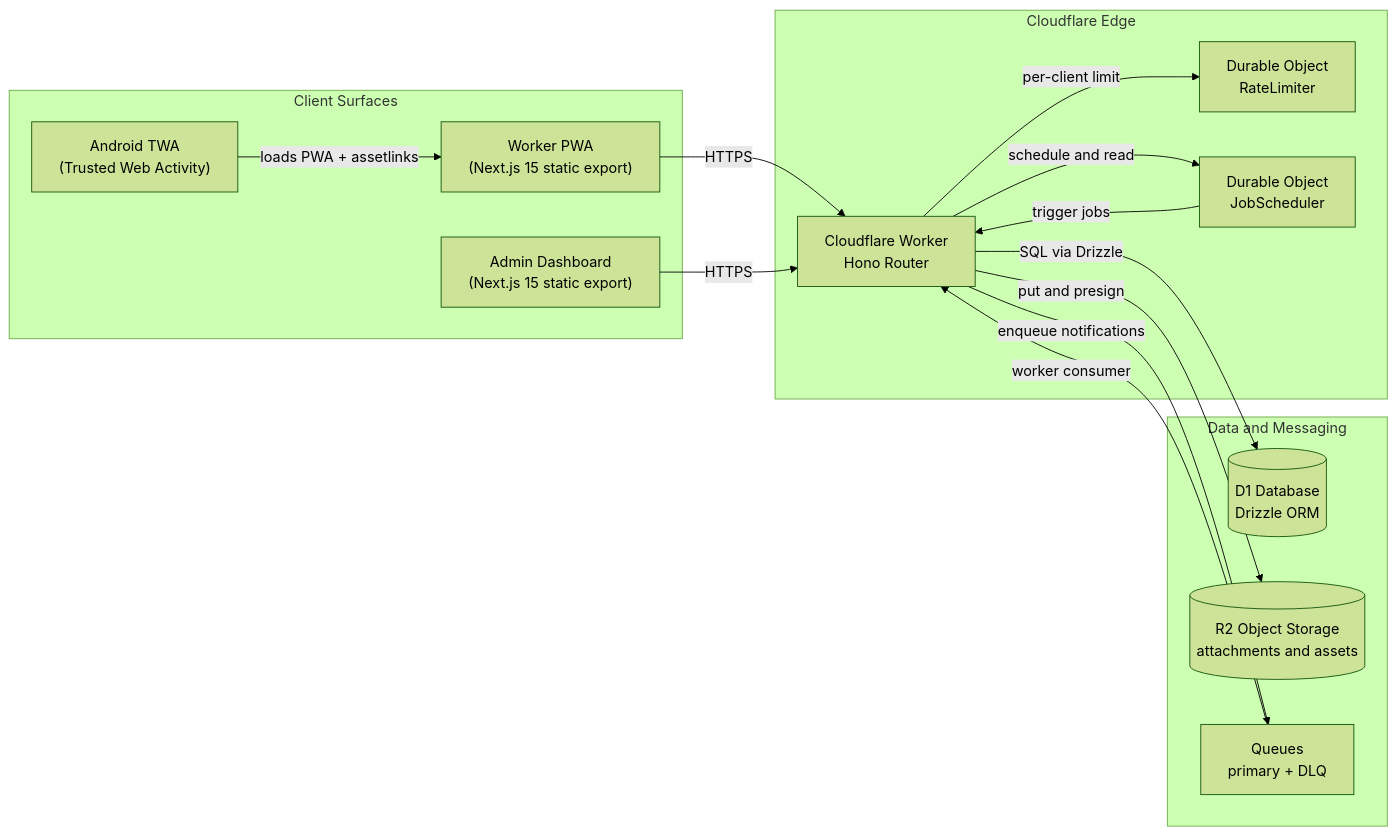
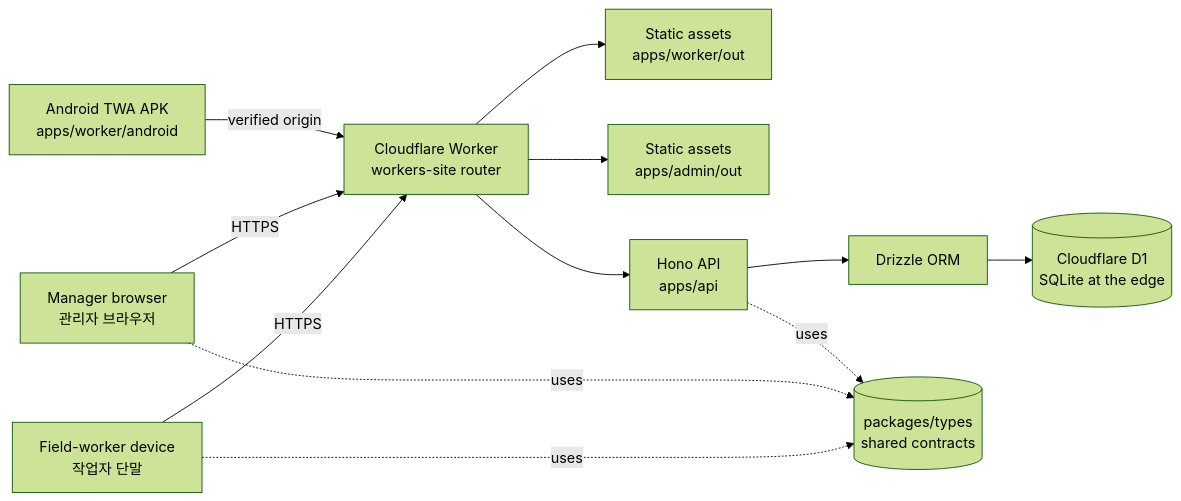
One commit to jclee941/safetywallet changed the diagram in README.md. Above: the diagram before and after it, drawn with Mermaid (forest theme). The commit also changed other lines of this file, not shown here.

````diff
--- a/README.md
+++ b/README.md
@@ -51,34 +50,25 @@
 ```mermaid
 flowchart LR
-  subgraph Clients["Client Surfaces"]
-    PWA["Worker PWA<br/>(Next.js 15 static export)"]
-    Admin["Admin Dashboard<br/>(Next.js 15 static export)"]
-    TWA["Android TWA<br/>(Trusted Web Activity)"]
-  end
+    Worker["Field-worker device<br/>작업자 단말"]
+    Admin["Manager browser<br/>관리자 브라우저"]
+    Android["Android TWA APK<br/>apps/worker/android"]
+    Edge["Cloudflare Worker<br/>workers-site router"]
+    StaticPWA["Static assets<br/>apps/worker/out"]
+    StaticAdmin["Static assets<br/>apps/admin/out"]
+    Hono["Hono API<br/>apps/api"]
+    Drizzle["Drizzle ORM"]
+    D1[("Cloudflare D1<br/>SQLite at the edge")]
+    Types[("packages/types<br/>shared contracts")]
 
-  subgraph Edge["Cloudflare Edge"]
-    Worker["Cloudflare Worker<br/>Hono Router"]
-    RL["Durable Object<br/>RateLimiter"]
-    JS["Durable Object<br/>JobScheduler"]
-  end
-
-  subgraph Data["Data and Messaging"]
-    D1[("D1 Database<br/>Drizzle ORM")]
-    R2[("R2 Object Storage<br/>attachments and assets")]
-    Q["Queues<br/>primary + DLQ"]
-  end
-
-  PWA -->|HTTPS| Worker
-  Admin -->|HTTPS| Worker
-  TWA -->|loads PWA + assetlinks| PWA
-
-  Worker -->|SQL via Drizzle| D1
-  Worker -->|per-client limit| RL
-  Worker -->|enqueue notifications| Q
-  Q -->|worker consumer| Worker
-
-  Worker -->|schedule and read| JS
-  JS -->|trigger jobs| Worker
-
-  Worker -->|put and presign| R2
+    Worker -->|HTTPS| Edge
+    Admin -->|HTTPS| Edge
+    Android -->|verified origin| Edge
+    Edge --> StaticPWA
+    Edge --> StaticAdmin
+    Edge --> Hono
+    Hono --> Drizzle
+    Drizzle --> D1
+    Worker -.uses.-> Types
+    Admin -.uses.-> Types
+    Hono -.uses.-> Types
 ```
````
